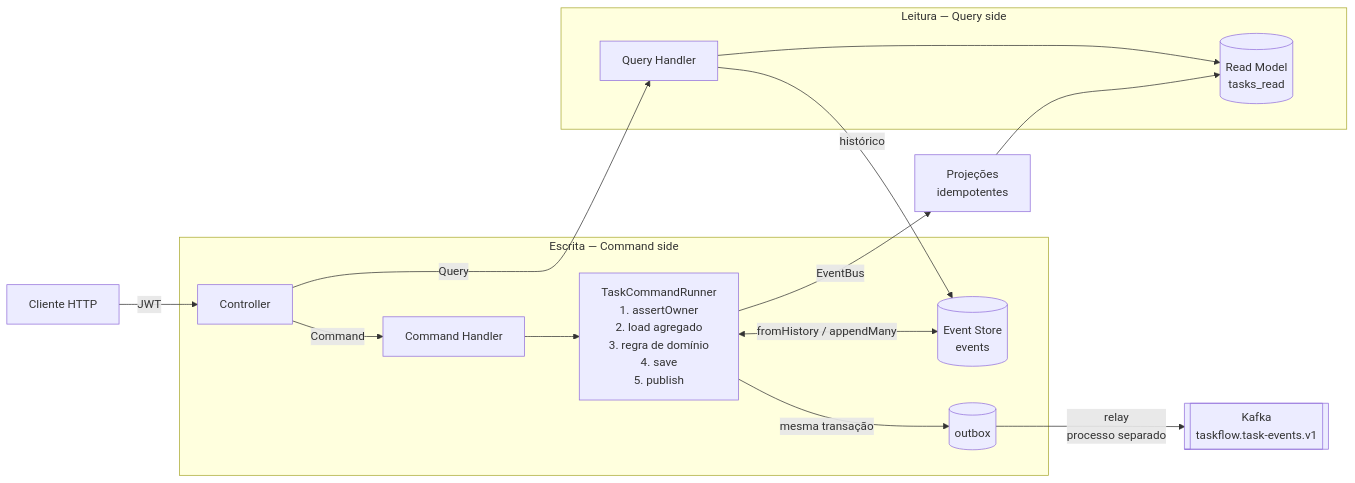
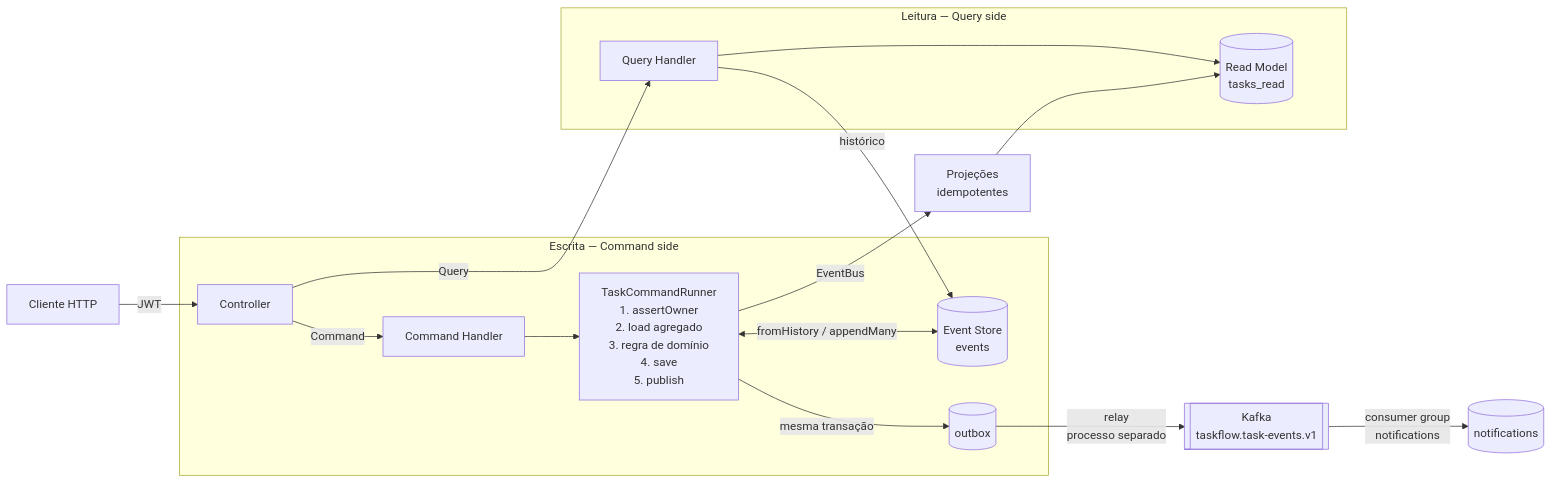
One commit to cassiocidrini/TaskFlow changed the diagram in README.md. Above: the diagram before and after it, drawn with Mermaid. The commit also changed other lines of this file and 37 other files, not shown here.

First line of the commit message:
feat(kafka): consumer group notifications idempotente e GET /me/notifications (#22)

````diff
--- a/README.md
+++ b/README.md
@@ -36,22 +36,23 @@
 ```mermaid
 flowchart LR
     C[Cliente HTTP] -->|JWT| CT[Controller]
 
     subgraph Escrita [Escrita — Command side]
         CT -->|Command| CH[Command Handler]
         CH --> R[TaskCommandRunner<br/>1. assertOwner<br/>2. load agregado<br/>3. regra de domínio<br/>4. save<br/>5. publish]
         R <-->|fromHistory / appendMany| ES[(Event Store<br/>events)]
         R -->|mesma transação| OB[(outbox)]
     end
 
     OB -->|relay<br/>processo separado| K[[Kafka<br/>taskflow.task-events.v1]]
+    K -->|consumer group<br/>notifications| NO[(notifications)]
 
     subgraph Leitura [Leitura — Query side]
         CT -->|Query| QH[Query Handler]
         QH --> RM[(Read Model<br/>tasks_read)]
         QH -->|histórico| ES
     end
 
     R -->|EventBus| P[Projeções<br/>idempotentes]
     P --> RM
 ```
````
